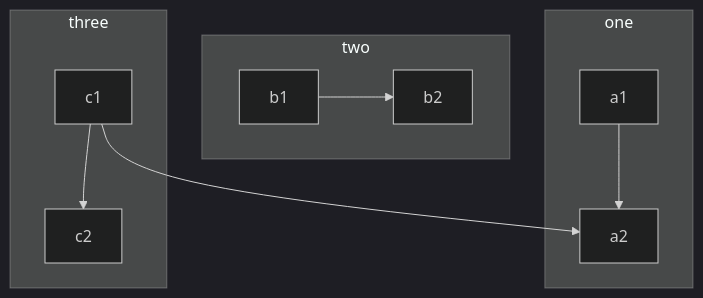
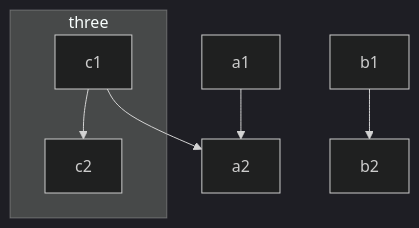
One commit to afondiel/computer-science-notebook changed the diagram in automotive/self-driving/self-driving-notes.md. Above: the diagram before and after it, drawn with Mermaid (dark theme).

Commit message:
auto-self-drv: update mermaid graph

````diff
--- a/automotive/self-driving/self-driving-notes.md
+++ b/automotive/self-driving/self-driving-notes.md
@@ -20,13 +20,9 @@
 ```mermaid
  graph TB
-         subgraph one
          a1-->a2
-         end
-         subgraph two
          b1-->b2
-         end
          subgraph three
          c1-->c2
          end
          c1-->a2
 ```
````
